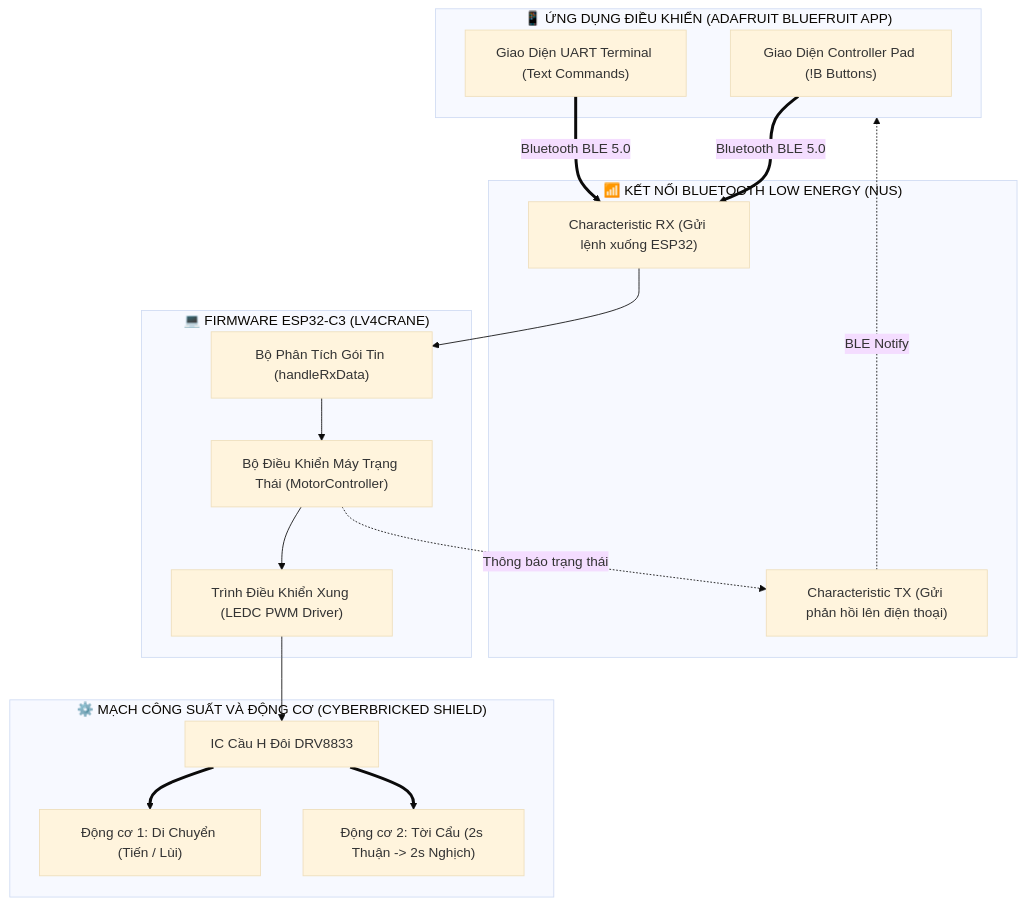
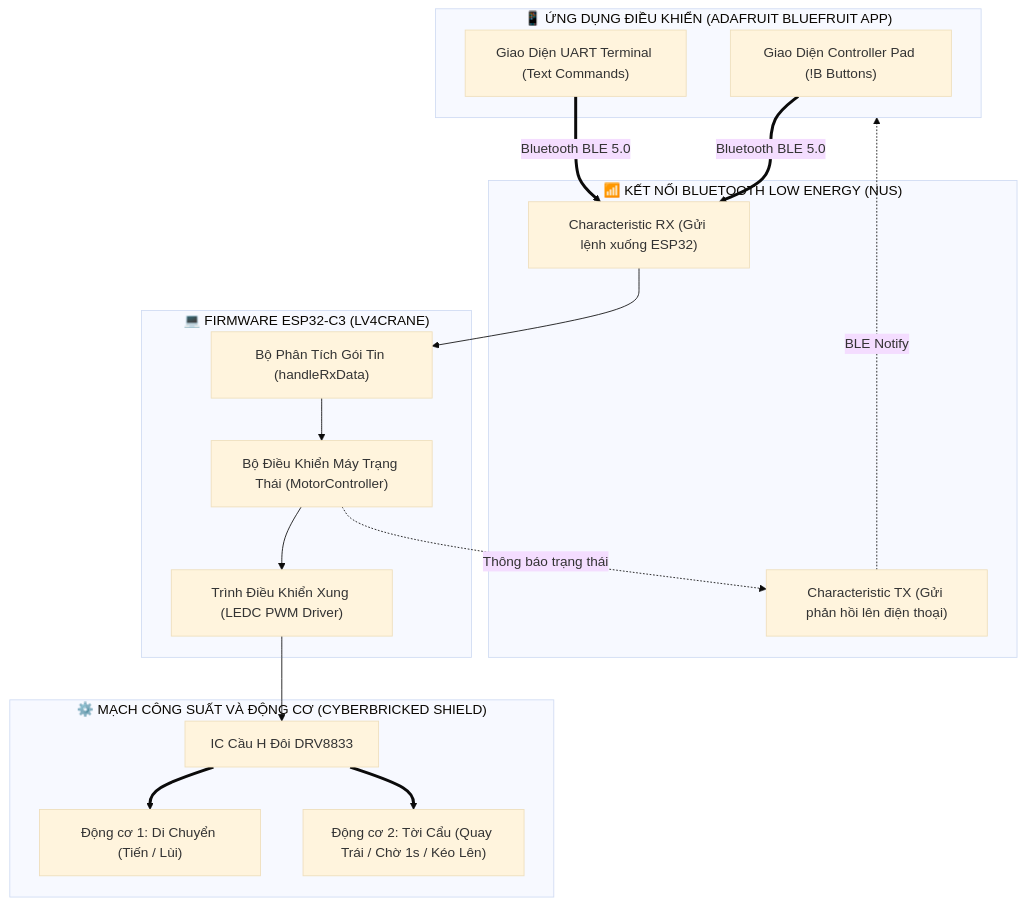
Before and after one commit to Kannoki/c3n4ble2m: the first of 3 diagrams in lv4Crane/README.md, drawn with Mermaid (base theme). The commit also changed other lines of this file and 5 other files, not shown here.

````diff
--- a/lv4Crane/README.md
+++ b/lv4Crane/README.md
@@ -31,35 +36,35 @@
 ```mermaid
 flowchart TD
     subgraph Client ["📱 ỨNG DỤNG ĐIỀU KHIỂN (ADAFRUIT BLUEFRUIT APP)"]
         PAD["Giao Diện Controller Pad (!B Buttons)"]
         UART["Giao Diện UART Terminal (Text Commands)"]
     end
 
     subgraph BLE_Stack ["📶 KẾT NỐI BLUETOOTH LOW ENERGY (NUS)"]
         RX["Characteristic RX (Gửi lệnh xuống ESP32)"]
         TX["Characteristic TX (Gửi phản hồi lên điện thoại)"]
     end
 
     subgraph Firmware ["💻 FIRMWARE ESP32-C3 (LV4CRANE)"]
         DISPATCHER["Bộ Phân Tích Gói Tin (handleRxData)"]
         CONTROLLER["Bộ Điều Khiển Máy Trạng Thái (MotorController)"]
         PWM_DRIVER["Trình Điều Khiển Xung (LEDC PWM Driver)"]
     end
 
     subgraph Hardware ["⚙️ MẠCH CÔNG SUẤT VÀ ĐỘNG CƠ (CYBERBRICKED SHIELD)"]
         DRV["IC Cầu H Đôi DRV8833"]
         M1["Động cơ 1: Di Chuyển (Tiến / Lùi)"]
-        M2["Động cơ 2: Tời Cẩu (2s Thuận -> 2s Nghịch)"]
+        M2["Động cơ 2: Tời Cẩu (Quay Trái / Chờ 1s / Kéo Lên)"]
     end
 
     PAD & UART ==>|Bluetooth BLE 5.0| RX
     RX --> DISPATCHER
     DISPATCHER --> CONTROLLER
     CONTROLLER --> PWM_DRIVER
     PWM_DRIVER --> DRV
     DRV ==> M1
     DRV ==> M2
 
     CONTROLLER -.->|Thông báo trạng thái| TX
     TX -.->|BLE Notify| Client
 ```
````
